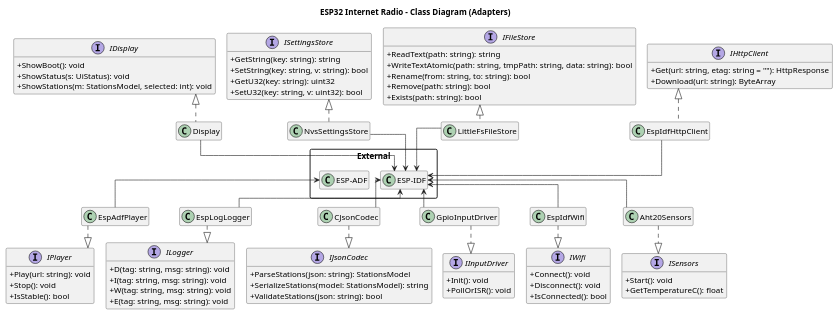
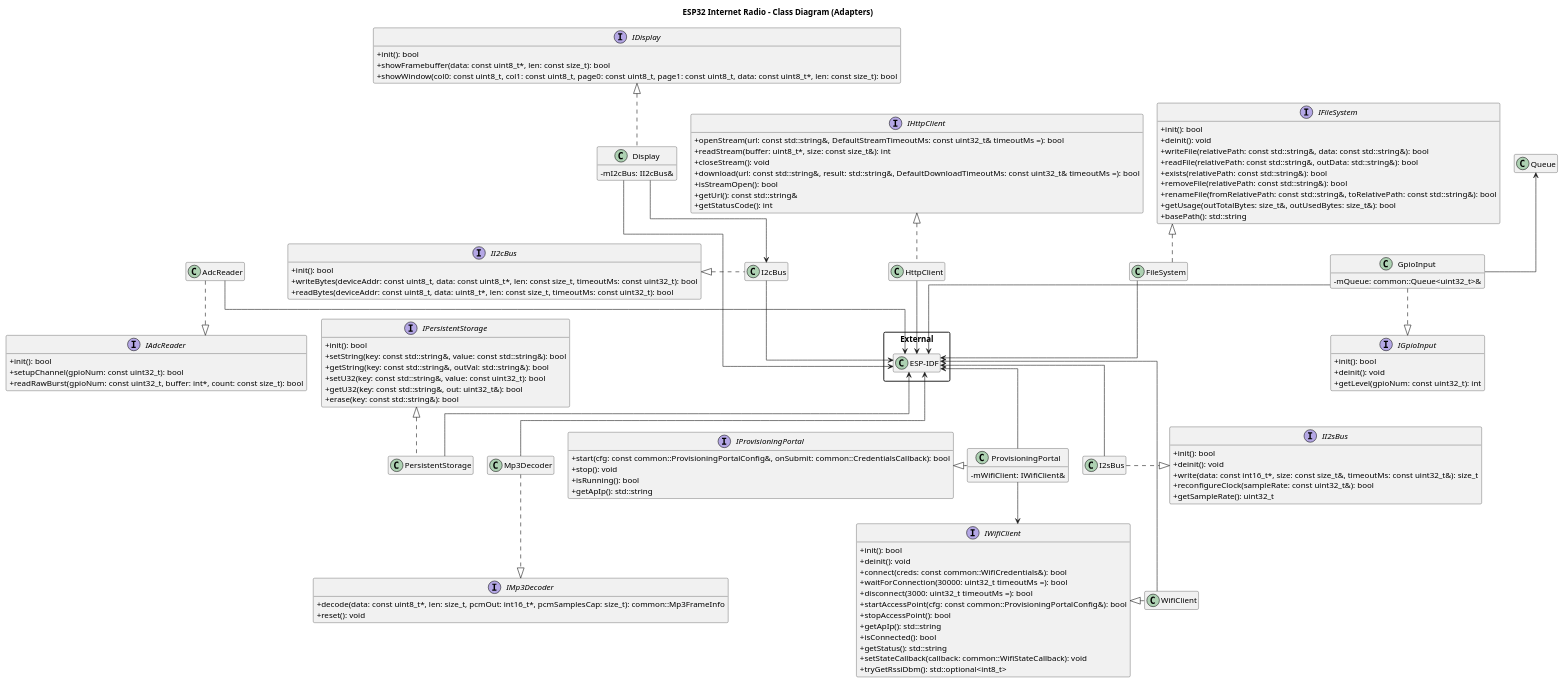
The diagram in docs/diagrams/class/class_adapters.puml (ArturChechui/esp_radio), drawn with PlantUML before and after one commit. The commit also changed 123 other files, not shown here.

```diff
--- a/docs/diagrams/class/class_adapters.puml
+++ b/docs/diagrams/class/class_adapters.puml
@@ -1,114 +1,157 @@
 @startuml class_adapters.puml
 title ESP32 Internet Radio - Class Diagram (Adapters)
 
 skinparam backgroundColor white
 skinparam shadowing false
 skinparam linetype ortho
 skinparam classAttributeIconSize 0
 skinparam packageStyle rectangle
 hide empty members
 hide empty methods
 hide empty fields
-skinparam nodesep 20
-skinparam ranksep 30
+skinparam nodesep 25
+skinparam ranksep 35
 
-interface ILogger {
-    +D(tag: string, msg: string): void
-    +I(tag: string, msg: string): void
-    +W(tag: string, msg: string): void
-    +E(tag: string, msg: string): void
+interface IAdcReader {
+    +init(): bool
+    +setupChannel(gpioNum: const uint32_t): bool
+    +readRawBurst(gpioNum: const uint32_t, buffer: int*, count: const size_t): bool
 }
 
-interface ISettingsStore {
-    +GetString(key: string): string
-    +SetString(key: string, v: string): bool
-    +GetU32(key: string): uint32
-    +SetU32(key: string, v: uint32): bool
+interface IDisplay {
+    +init(): bool
+    +showFramebuffer(data: const uint8_t*, len: const size_t): bool
+    +showWindow(col0: const uint8_t, col1: const uint8_t, page0: const uint8_t, page1: const uint8_t, data: const uint8_t*, len: const size_t): bool
 }
 
-interface IFileStore {
-    +ReadText(path: string): string
-    +WriteTextAtomic(path: string, tmpPath: string, data: string): bool
-    +Rename(from: string, to: string): bool
-    +Remove(path: string): bool
-    +Exists(path: string): bool
+interface IFileSystem {
+    +init(): bool
+    +deinit(): void
+    +writeFile(relativePath: const std::string&, data: const std::string&): bool
+    +readFile(relativePath: const std::string&, outData: std::string&): bool
+    +exists(relativePath: const std::string&): bool
+    +removeFile(relativePath: const std::string&): bool
+    +renameFile(fromRelativePath: const std::string&, toRelativePath: const std::string&): bool
+    +getUsage(outTotalBytes: size_t&, outUsedBytes: size_t&): bool
+    +basePath(): std::string
+}
+
+interface IGpioInput {
+    +init(): bool
+    +deinit(): void
+    +getLevel(gpioNum: const uint32_t): int
 }
 
 interface IHttpClient {
-    +Get(url: string, etag: string = ""): HttpResponse
-    +Download(url: string): ByteArray
+    +openStream(url: const std::string&, DefaultStreamTimeoutMs: const uint32_t& timeoutMs =): bool
+    +readStream(buffer: uint8_t*, size: const size_t&): int
+    +closeStream(): void
+    +download(url: const std::string&, result: std::string&, DefaultDownloadTimeoutMs: const uint32_t& timeoutMs =): bool
+    +isStreamOpen(): bool
+    +getUrl(): const std::string&
+    +getStatusCode(): int
 }
 
-interface IJsonCodec {
-    +ParseStations(json: string): StationsModel
-    +SerializeStations(model: StationsModel): string
-    +ValidateStations(json: string): bool
+interface II2cBus {
+    +init(): bool
+    +writeBytes(deviceAddr: const uint8_t, data: const uint8_t*, len: const size_t, timeoutMs: const uint32_t): bool
+    +readBytes(deviceAddr: const uint8_t, data: uint8_t*, len: const size_t, timeoutMs: const uint32_t): bool
 }
 
-interface IDisplay {
-    +ShowBoot(): void
-    +ShowStatus(s: UiStatus): void
-    +ShowStations(m: StationsModel, selected: int): void
+interface II2sBus {
+    +init(): bool
+    +deinit(): void
+    +write(data: const int16_t*, size: const size_t&, timeoutMs: const uint32_t&): size_t
+    +reconfigureClock(sampleRate: const uint32_t&): bool
+    +getSampleRate(): uint32_t
 }
 
-interface IInputDriver {
-    +Init(): void
-    +PollOrISR(): void
+interface IMp3Decoder {
+    +decode(data: const uint8_t*, len: size_t, pcmOut: int16_t*, pcmSamplesCap: size_t): common::Mp3FrameInfo
+    +reset(): void
 }
 
-interface IPlayer {
-    +Play(url: string): void
-    +Stop(): void
-    +IsStable(): bool
+interface IPersistentStorage {
+    +init(): bool
+    +setString(key: const std::string&, value: const std::string&): bool
+    +getString(key: const std::string&, outVal: std::string&): bool
+    +setU32(key: const std::string&, value: const uint32_t): bool
+    +getU32(key: const std::string&, out: uint32_t&): bool
+    +erase(key: const std::string&): bool
 }
 
-interface IWifi {
-    +Connect(): void
-    +Disconnect(): void
-    +IsConnected(): bool
+interface IProvisioningPortal {
+    +start(cfg: const common::ProvisioningPortalConfig&, onSubmit: common::CredentialsCallback): bool
+    +stop(): void
+    +isRunning(): bool
+    +getApIp(): std::string
 }
 
-interface ISensors {
-    +Start(): void
-    +GetTemperatureC(): float
+interface IWifiClient {
+    +init(): bool
+    +deinit(): void
+    +connect(creds: const common::WifiCredentials&): bool
+    +waitForConnection(30000: uint32_t timeoutMs =): bool
+    +disconnect(3000: uint32_t timeoutMs =): bool
+    +startAccessPoint(cfg: const common::ProvisioningPortalConfig&): bool
+    +stopAccessPoint(): bool
+    +getApIp(): std::string
+    +isConnected(): bool
+    +getStatus(): std::string
+    +setStateCallback(callback: common::WifiStateCallback): void
+    +tryGetRssiDbm(): std::optional<int8_t>
+
 }
 
-class EspLogLogger
-class NvsSettingsStore
-class LittleFsFileStore
-class EspIdfHttpClient
-class CJsonCodec
-class Display
-class GpioInputDriver
-class EspAdfPlayer
-class EspIdfWifi
-class Aht20Sensors
+class Queue
+
+class AdcReader
+class Display {
+    -mI2cBus: II2cBus&
+}
+class FileSystem
+class GpioInput {
+    -mQueue: common::Queue<uint32_t>&
+}
+class HttpClient
+class I2cBus
+class I2sBus
+class Mp3Decoder
+class PersistentStorage
+class ProvisioningPortal {
+    -mWifiClient: IWifiClient&
+}
+class WifiClient
 
 package "External" {
   class "ESP-IDF" as ESPIDF
-  class "ESP-ADF" as ESPADF
 }
 
-EspLogLogger .down.|> ILogger
-NvsSettingsStore .up.|> ISettingsStore
-LittleFsFileStore .up.|> IFileStore
-EspIdfHttpClient .up.|> IHttpClient
-CJsonCodec .down.|> IJsonCodec
+AdcReader -down-> ESPIDF
+Display -down-> ESPIDF
+FileSystem -down-> ESPIDF
+GpioInput -down-> ESPIDF
+HttpClient -down-> ESPIDF
+I2cBus -down-> ESPIDF
+I2sBus -up-> ESPIDF
+Mp3Decoder -up-> ESPIDF
+PersistentStorage -up-> ESPIDF
+ProvisioningPortal -up-> ESPIDF
+WifiClient -up-> ESPIDF
+
+AdcReader .down.|> IAdcReader
 Display .up.|> IDisplay
-GpioInputDriver .down.|> IInputDriver
-EspAdfPlayer .down.|> IPlayer
-EspIdfWifi .down.|> IWifi
-Aht20Sensors .down.|> ISensors
-
-CJsonCodec -up-> ESPIDF
-EspIdfWifi -up-> ESPIDF
-NvsSettingsStore -down-> ESPIDF
-LittleFsFileStore -down-> ESPIDF
-EspIdfHttpClient -down-> ESPIDF
-GpioInputDriver -up-> ESPIDF
-Display -down-> ESPIDF
-EspLogLogger -up-> ESPIDF
-Aht20Sensors -up-> ESPIDF
-EspAdfPlayer -up-> ESPADF
+Display --> I2cBus
+FileSystem .up.|> IFileSystem
+GpioInput .down.|> IGpioInput
+GpioInput -up-> Queue
+HttpClient .up.|> IHttpClient
+I2cBus .left.|> II2cBus
+I2sBus .right.|> II2sBus
+Mp3Decoder .down.|> IMp3Decoder
+PersistentStorage .up.|> IPersistentStorage
+ProvisioningPortal .left.|> IProvisioningPortal
+ProvisioningPortal --> IWifiClient
+WifiClient .left.|> IWifiClient
 
 @enduml
```
